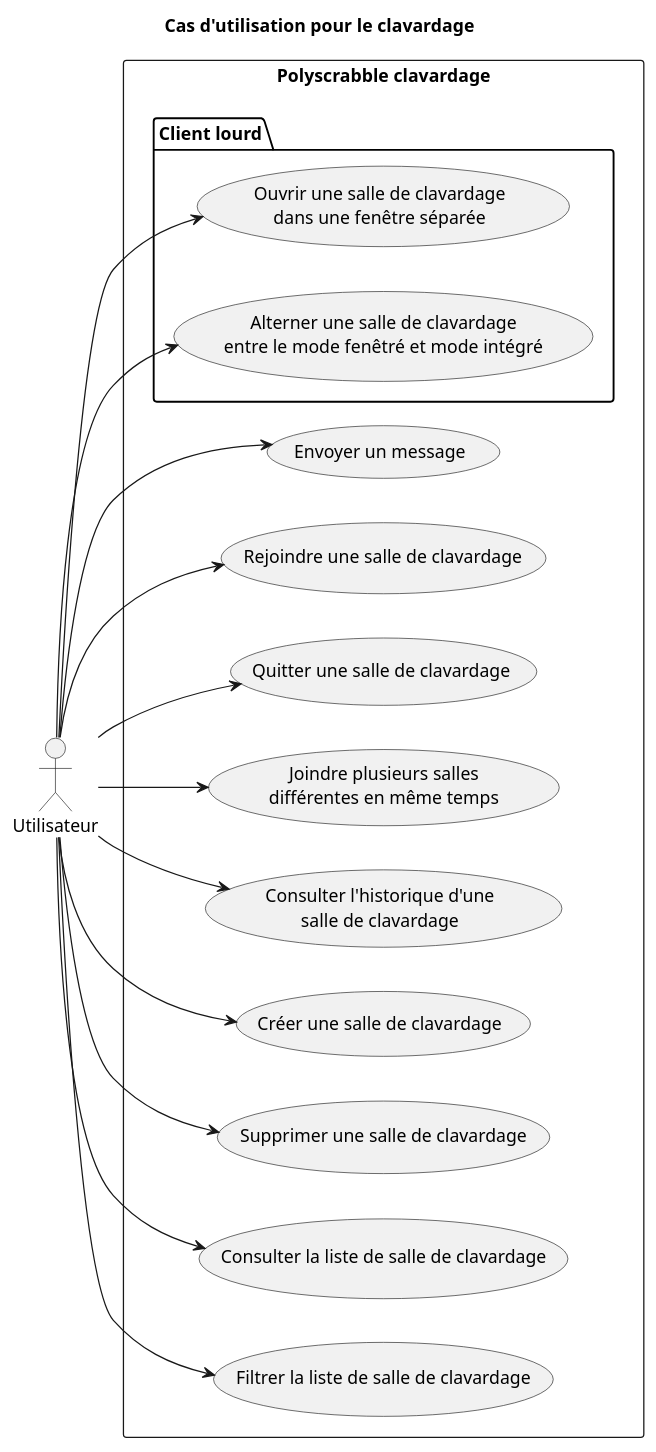
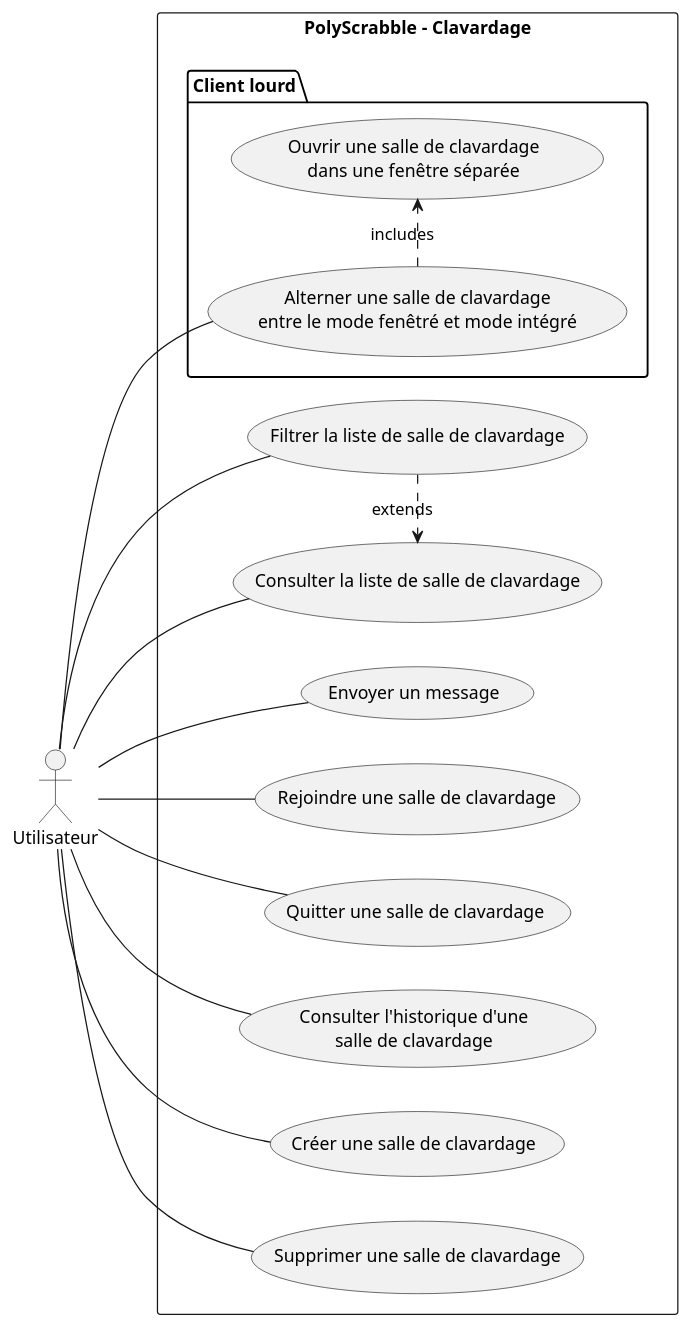
The first of 4 diagrams in doc/LOG3900-110_Architecture_Logiciel.md (yasskadd/Scrabble), drawn with PlantUML before and after one commit. The commit also changed other lines of this file, not shown here.

```diff
--- a/doc/LOG3900-110_Architecture_Logiciel.md
+++ b/doc/LOG3900-110_Architecture_Logiciel.md
@@ -5,39 +5,36 @@
 @startuml
-
-title "Cas d'utilisation pour le clavardage"
 
 left to right direction
 
 actor Utilisateur as user
 
-rectangle "Polyscrabble clavardage" {
+rectangle "PolyScrabble - Clavardage" {
     usecase "Envoyer un message" as UC1
     usecase "Rejoindre une salle de clavardage" as UC2
     usecase "Quitter une salle de clavardage" as UC3
-    usecase "Joindre plusieurs salles\ndifférentes en même temps" as UC11
     usecase "Consulter l'historique d'une\nsalle de clavardage" as UC4
     usecase "Créer une salle de clavardage" as UC6
     usecase "Supprimer une salle de clavardage" as UC7
     usecase "Consulter la liste de salle de clavardage" as UC8
     usecase "Filtrer la liste de salle de clavardage" as UC9
 
     package "Client lourd" {
         usecase "Ouvrir une salle de clavardage\ndans une fenêtre séparée" as UC5
 
         usecase "Alterner une salle de clavardage\nentre le mode fenêtré et mode intégré" as UC10
     }
 }
 
-user --> UC1
-user --> UC2
-user --> UC3
-user --> UC4
-user --> UC5
-user --> UC6
-user --> UC7
-user --> UC8
-user --> UC9
-user --> UC10
-user --> UC11
+user -- UC1
+user -- UC2
+user -- UC3
+user -- UC4
+UC10 .> UC5 : includes
+user -- UC6
+user -- UC7
+user -- UC8
+user -- UC9
+user -- UC10
+UC9 .> UC8 : extends
 
 @enduml
```
